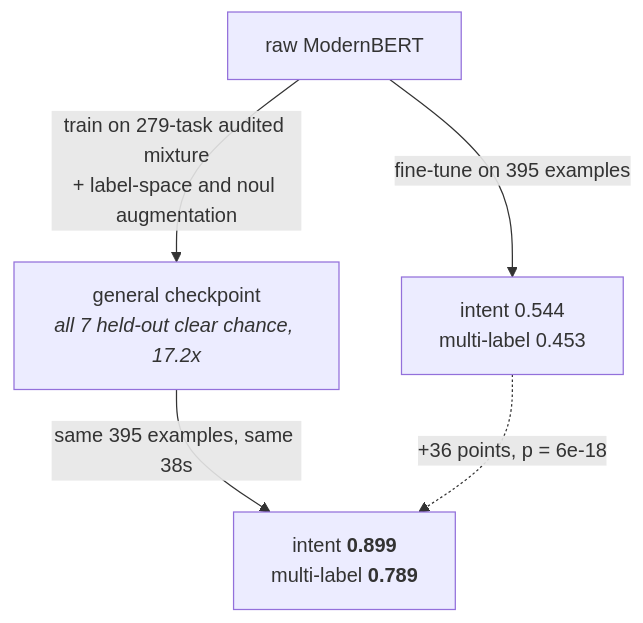
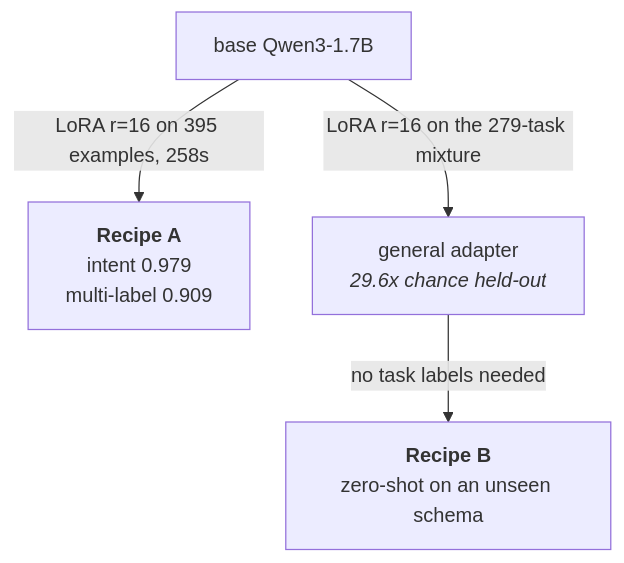
Before and after one commit to S1LV3RJ1NX/openjev: the fourth of 4 diagrams in docs/architecture.md, drawn with Mermaid. The commit also changed other lines of this file and 33 other files, not shown here.

````diff
--- a/docs/architecture.md
+++ b/docs/architecture.md
@@ -159,7 +129,6 @@
 ```mermaid
 flowchart TB
-    RAW["raw ModernBERT"] -->|"fine-tune on 395 examples"| A["intent 0.544<br/>multi-label 0.453"]
-    RAW -->|"train on 279-task audited mixture<br/>+ label-space and noul augmentation"| GEN["general checkpoint<br/><i>all 7 held-out clear chance, 17.2x</i>"]
-    GEN -->|"same 395 examples, same 38s"| B["intent <b>0.899</b><br/>multi-label <b>0.789</b>"]
-    A -.->|"+36 points, p = 6e-18"| B
+    BASE["base Qwen3-1.7B"] -->|"LoRA r=16 on 395 examples, 258s"| A["<b>Recipe A</b><br/>intent 0.979<br/>multi-label 0.909"]
+    BASE -->|"LoRA r=16 on the 279-task mixture"| GEN["general adapter<br/><i>29.6x chance held-out</i>"]
+    GEN -->|"no task labels needed"| B["<b>Recipe B</b><br/>zero-shot on an unseen schema"]
 ```
````
